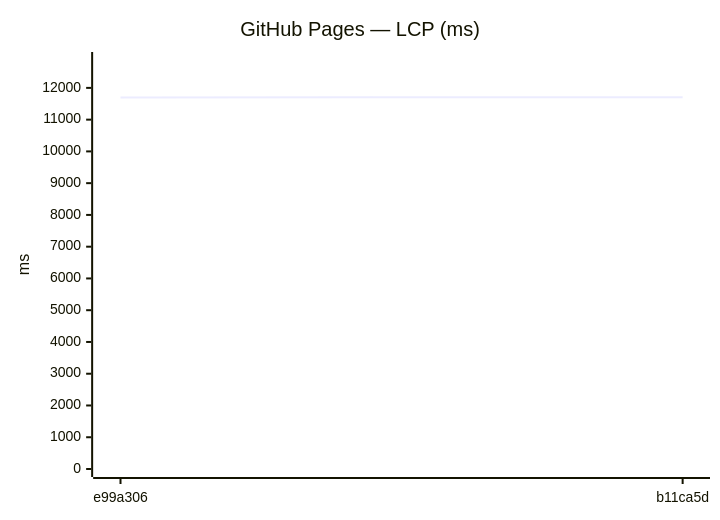
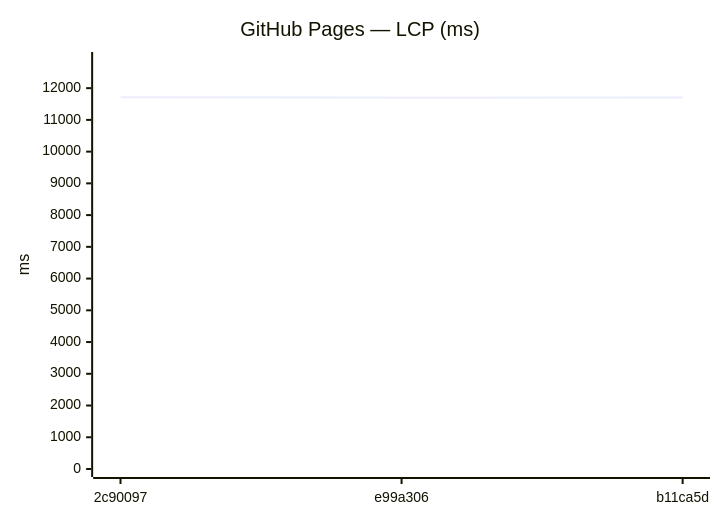
One commit to Metaheurist/Rianell changed the third of 24 diagrams in Benchmarks/compare.md. Above: the diagram before and after it, drawn with Mermaid. The commit also changed other lines of this file and 12 other files, not shown here.

````diff
--- a/Benchmarks/compare.md
+++ b/Benchmarks/compare.md
@@ -38,7 +40,7 @@
 ```mermaid
 xychart-beta
     title "GitHub Pages — LCP (ms)"
-    x-axis ["e99a306", "b11ca5d"]
-    y-axis "ms" 0 --> 12878
-    line [11701, 11707]
+    x-axis ["2c90097", "e99a306", "b11ca5d"]
+    y-axis "ms" 0 --> 12887
+    line [11715, 11701, 11707]
 ```
````
